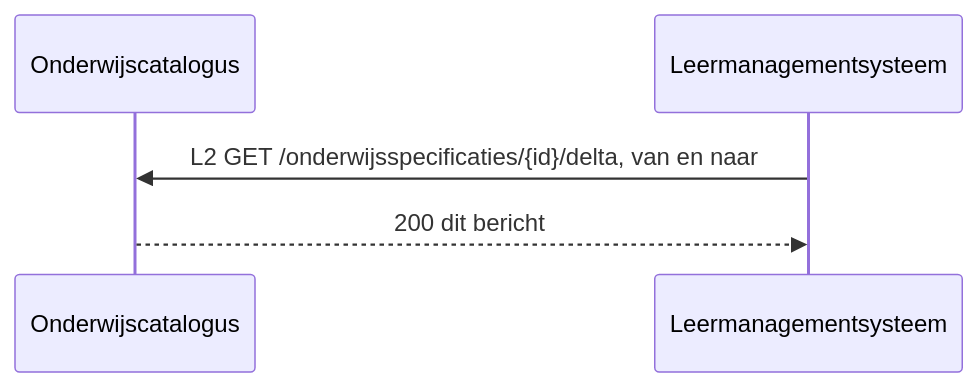
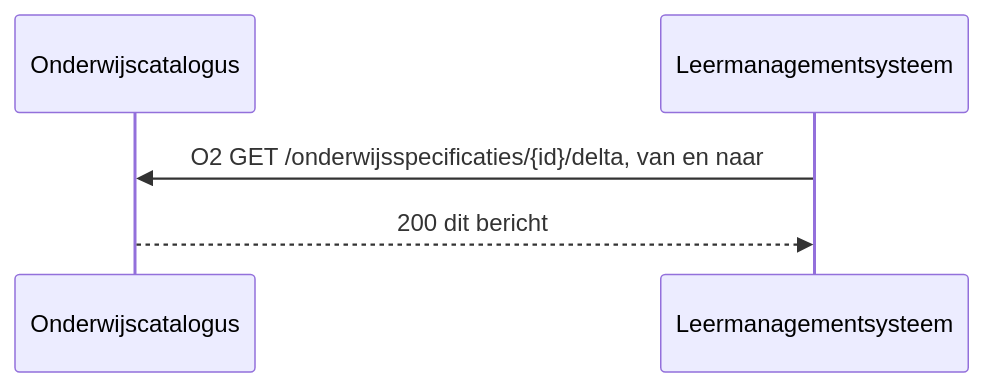
The fifth of 8 diagrams in architecture/docs/specificatie/interactie-onderwijsaanbod/is-oa-07.md (Npuls-OKx/meta), drawn with Mermaid before and after one commit. The commit also changed other lines of this file and 33 other files, not shown here.

````diff
--- a/architecture/docs/specificatie/interactie-onderwijsaanbod/is-oa-07.md
+++ b/architecture/docs/specificatie/interactie-onderwijsaanbod/is-oa-07.md
@@ -309,7 +328,7 @@
 ```mermaid
 sequenceDiagram
     participant OC as Onderwijscatalogus
     participant LMS as Leermanagementsysteem
-    LMS->>OC: L2 GET /onderwijsspecificaties/{id}/delta, van en naar
+    LMS->>OC: O2 GET /onderwijsspecificaties/{id}/delta, van en naar
     OC-->>LMS: 200 dit bericht
 ```
````
